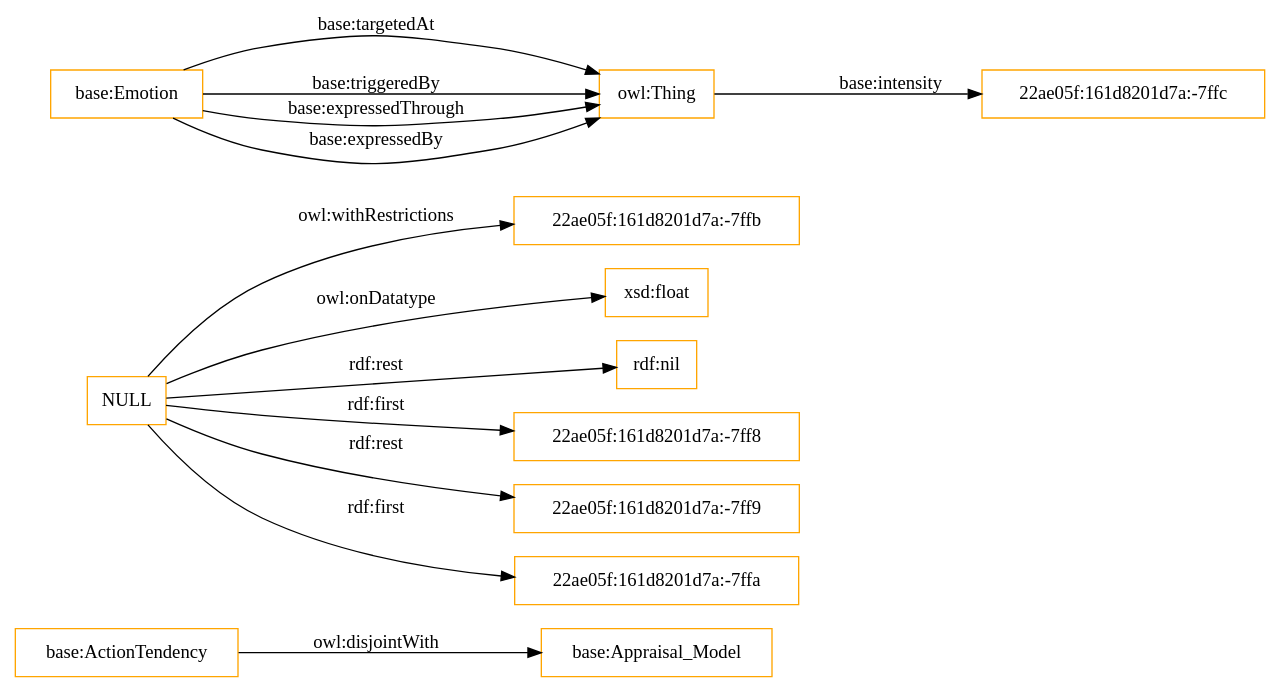
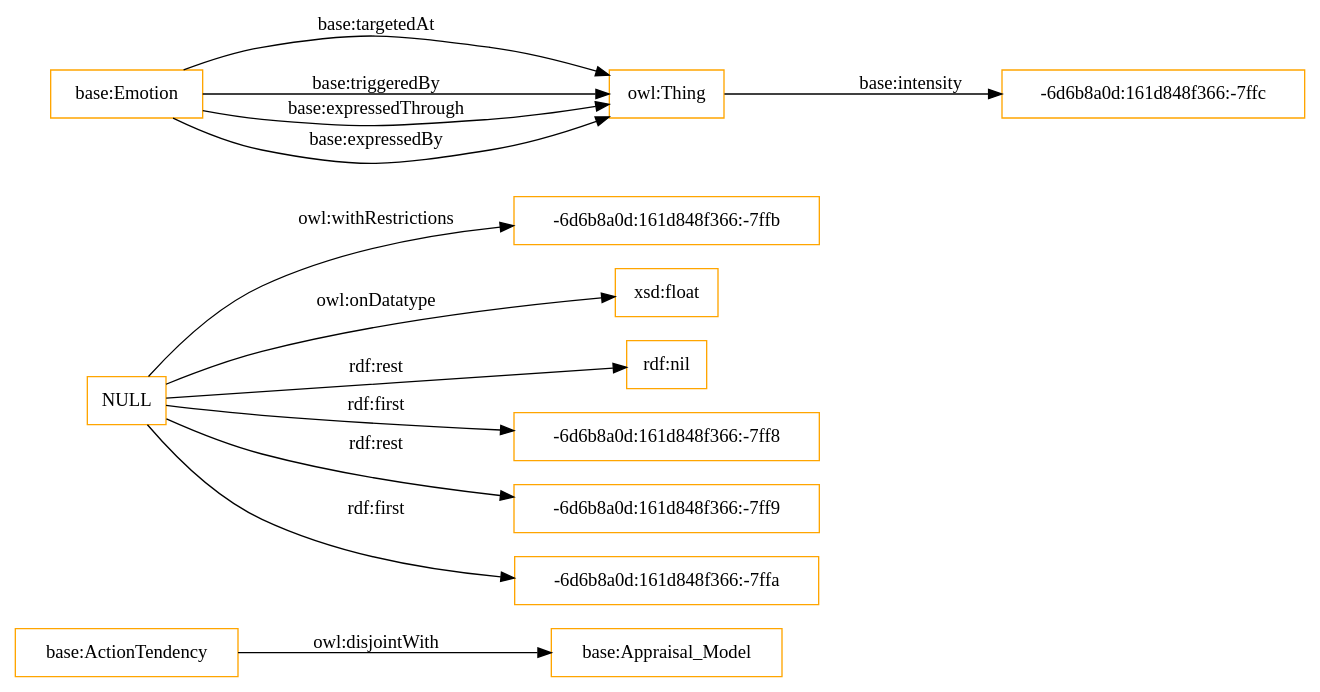
Before and after one commit to rana-othman/Huam-Affective-States-and-their-influences-Ontology-HASIO: the diagram in OnToology/HEO.owl/diagrams/ar2dtool-class/HEO.owl.png.dot, drawn with Graphviz. The commit also changed 61 other files, not shown here.

```diff
--- a/OnToology/HEO.owl/diagrams/ar2dtool-class/HEO.owl.png.dot
+++ b/OnToology/HEO.owl/diagrams/ar2dtool-class/HEO.owl.png.dot
@@ -1,18 +1,18 @@
 digraph ar2dtool_diagram { 
 rankdir=LR;
 size="1501"
 node [shape = rectangle, color="orange"]; "base:ActionTendency" "base:Appraisal_Model" ; /*classes style*/
 	"base:ActionTendency" -> "base:Appraisal_Model" [ label = "owl:disjointWith" ];
-	"NULL" -> "22ae05f:161d8201d7a:-7ffb" [ label = "owl:withRestrictions" ];
+	"NULL" -> "-6d6b8a0d:161d848f366:-7ffb" [ label = "owl:withRestrictions" ];
 	"NULL" -> "xsd:float" [ label = "owl:onDatatype" ];
 	"NULL" -> "rdf:nil" [ label = "rdf:rest" ];
-	"NULL" -> "22ae05f:161d8201d7a:-7ff8" [ label = "rdf:first" ];
-	"NULL" -> "22ae05f:161d8201d7a:-7ff9" [ label = "rdf:rest" ];
-	"NULL" -> "22ae05f:161d8201d7a:-7ffa" [ label = "rdf:first" ];
+	"NULL" -> "-6d6b8a0d:161d848f366:-7ff8" [ label = "rdf:first" ];
+	"NULL" -> "-6d6b8a0d:161d848f366:-7ff9" [ label = "rdf:rest" ];
+	"NULL" -> "-6d6b8a0d:161d848f366:-7ffa" [ label = "rdf:first" ];
 	"base:Emotion" -> "owl:Thing" [ label = "base:targetedAt" ];
-	"owl:Thing" -> "22ae05f:161d8201d7a:-7ffc" [ label = "base:intensity" ];
+	"owl:Thing" -> "-6d6b8a0d:161d848f366:-7ffc" [ label = "base:intensity" ];
 	"base:Emotion" -> "owl:Thing" [ label = "base:triggeredBy" ];
 	"base:Emotion" -> "owl:Thing" [ label = "base:expressedThrough" ];
 	"base:Emotion" -> "owl:Thing" [ label = "base:expressedBy" ];
 
 }
```
